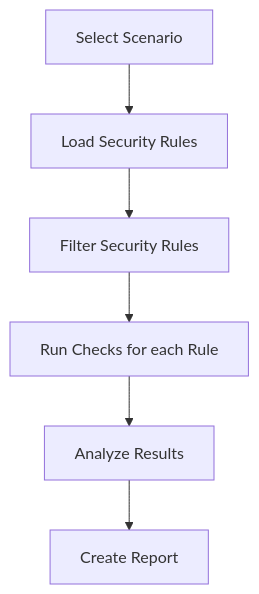
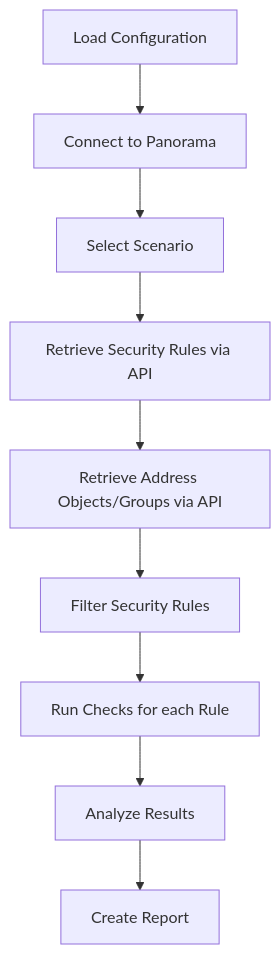
One commit to Kanguros/pins changed the diagram in README.md. Above: the diagram before and after it, drawn with Mermaid. The commit also changed other lines of this file and 23 other files, not shown here.

````diff
--- a/README.md
+++ b/README.md
@@ -149,9 +191,11 @@
 ```mermaid
 flowchart TD
-    SelectScenario[Select Scenario]
-    SelectScenario --> LoadRules[Load Security Rules]
-    LoadRules --> FilterRules[Filter Security Rules]
+    Config[Load Configuration] --> Connect[Connect to Panorama]
+    Connect --> SelectScenario[Select Scenario]
+    SelectScenario --> LoadRules[Retrieve Security Rules via API]
+    LoadRules --> LoadObjects[Retrieve Address Objects/Groups via API]
+    LoadObjects --> FilterRules[Filter Security Rules]
     FilterRules --> RunChecks[Run Checks for each Rule]
     RunChecks --> Analyze[Analyze Results]
     Analyze --> Report[Create Report]
 ```
````
